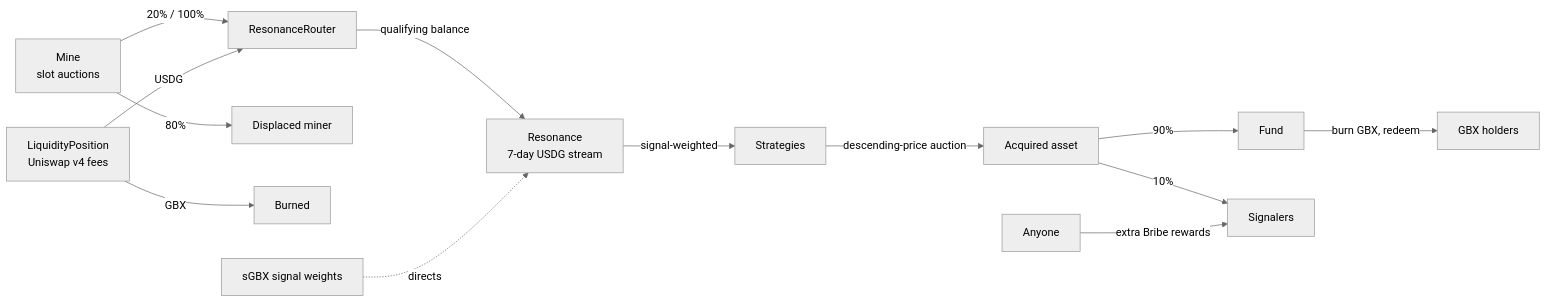
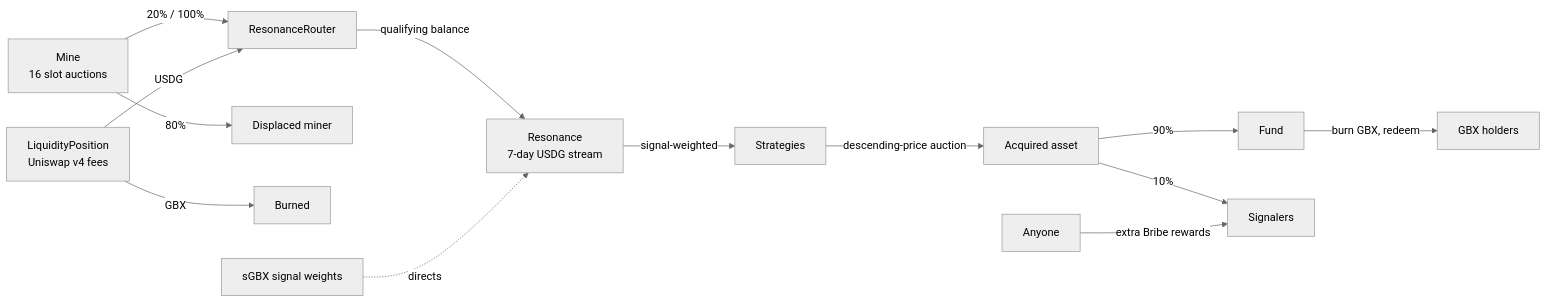
One commit to Heesho/gumball6900 changed the diagram in docs/one-pagers/gumball-6900.md. Above: the diagram before and after it, drawn with Mermaid (neutral theme). The commit also changed other lines of this file and 17 other files, not shown here.

````diff
--- a/docs/one-pagers/gumball-6900.md
+++ b/docs/one-pagers/gumball-6900.md
@@ -89,15 +85,15 @@
 ```mermaid
 flowchart LR
-  M[Mine<br/>slot auctions] -->|20% / 100%| RR[ResonanceRouter]
+  M[Mine<br/>16 slot auctions] -->|20% / 100%| RR[ResonanceRouter]
   M -->|80%| DM[Displaced miner]
   LP[LiquidityPosition<br/>Uniswap v4 fees] -->|USDG| RR
   LP -->|GBX| BURN[Burned]
   RR -->|qualifying balance| R[Resonance<br/>7-day USDG stream]
   SG[sGBX signal weights] -.->|directs| R
   R -->|signal-weighted| S[Strategies]
   S -->|descending-price auction| A[Acquired asset]
   A -->|90%| F[Fund]
   A -->|10%| SIG[Signalers]
   B[Anyone] -->|extra Bribe rewards| SIG
   F -->|burn GBX, redeem| H[GBX holders]
 ```
````
